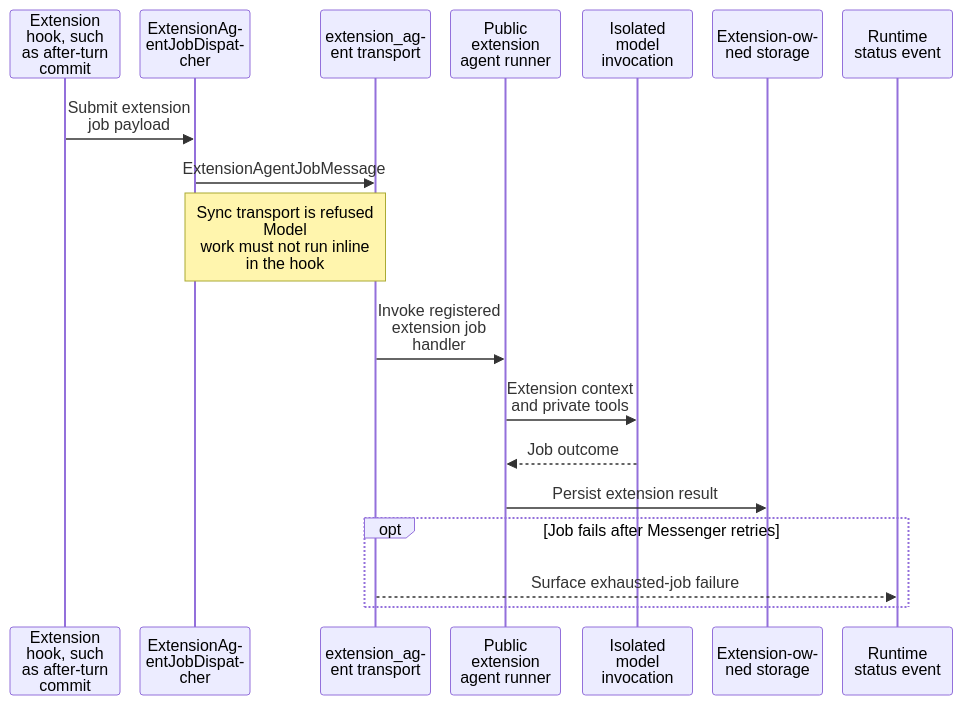
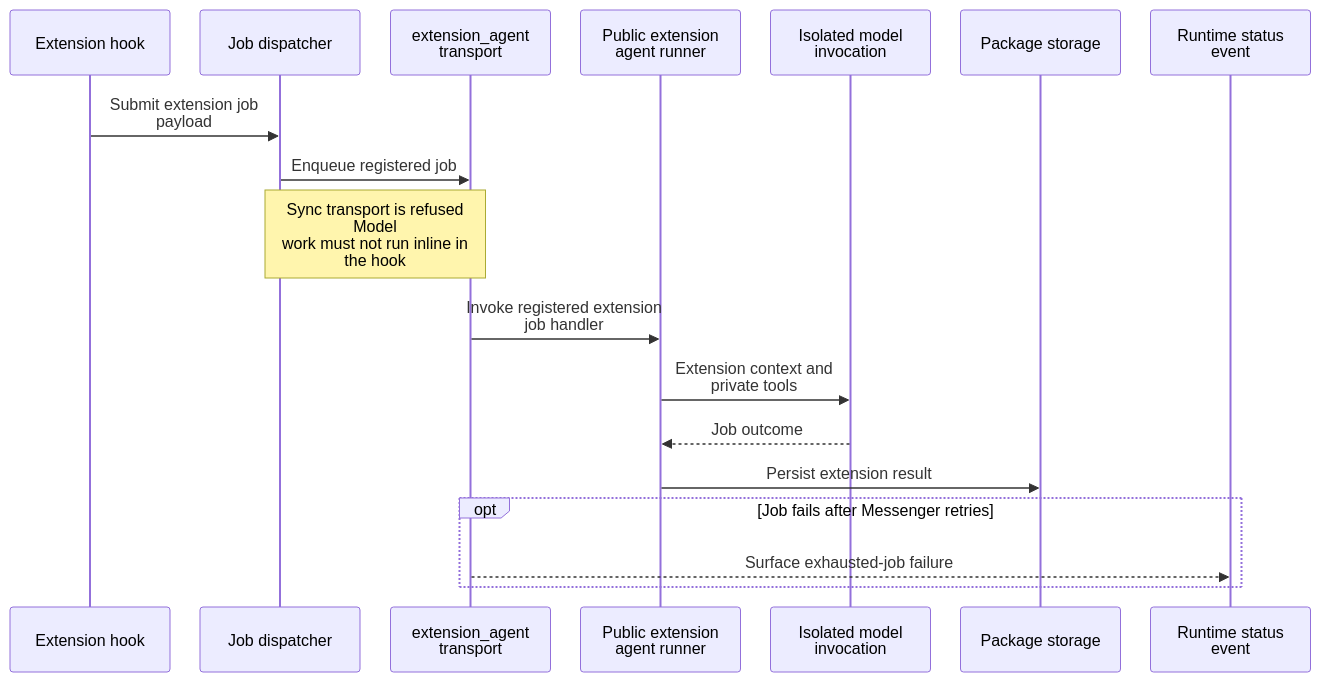
One commit to ineersa/agent-core changed the fifth of 5 diagrams in architecture/extensions-and-agents.md. Above: the diagram before and after it, drawn with Mermaid. The commit also changed other lines of this file and 43 other files, not shown here.

Commit message:
Refresh operational guides and runtime architecture documentation

````diff
--- a/architecture/extensions-and-agents.md
+++ b/architecture/extensions-and-agents.md
@@ -136,22 +136,22 @@
 ```mermaid
-%%{init: {"sequence": {"wrap": true, "width": 110, "actorMargin": 20, "diagramMarginX": 10, "messageMargin": 30}}}%%
+%%{init: {"sequence": {"wrap": true, "width": 160, "actorMargin": 30, "diagramMarginX": 10, "messageMargin": 30}}}%%
 sequenceDiagram
-    participant Hook as Extension hook, such as after-turn commit
-    participant Dispatcher as ExtensionAgentJobDispatcher
+    participant Hook as Extension hook
+    participant Dispatcher as Job dispatcher
     participant Queue as extension_agent transport
     participant Runner as Public extension agent runner
     participant Model as Isolated model invocation
-    participant Package as Extension-owned storage
+    participant Package as Package storage
     participant UI as Runtime status event
 
     Hook->>Dispatcher: Submit extension job payload
-    Dispatcher->>Queue: ExtensionAgentJobMessage
+    Dispatcher->>Queue: Enqueue registered job
     Note over Dispatcher,Queue: Sync transport is refused<br/>Model work must not run inline in the hook
     Queue->>Runner: Invoke registered extension job handler
     Runner->>Model: Extension context and private tools
     Model-->>Runner: Job outcome
     Runner->>Package: Persist extension result
     opt Job fails after Messenger retries
         Queue-->>UI: Surface exhausted-job failure
     end
 ```
````
